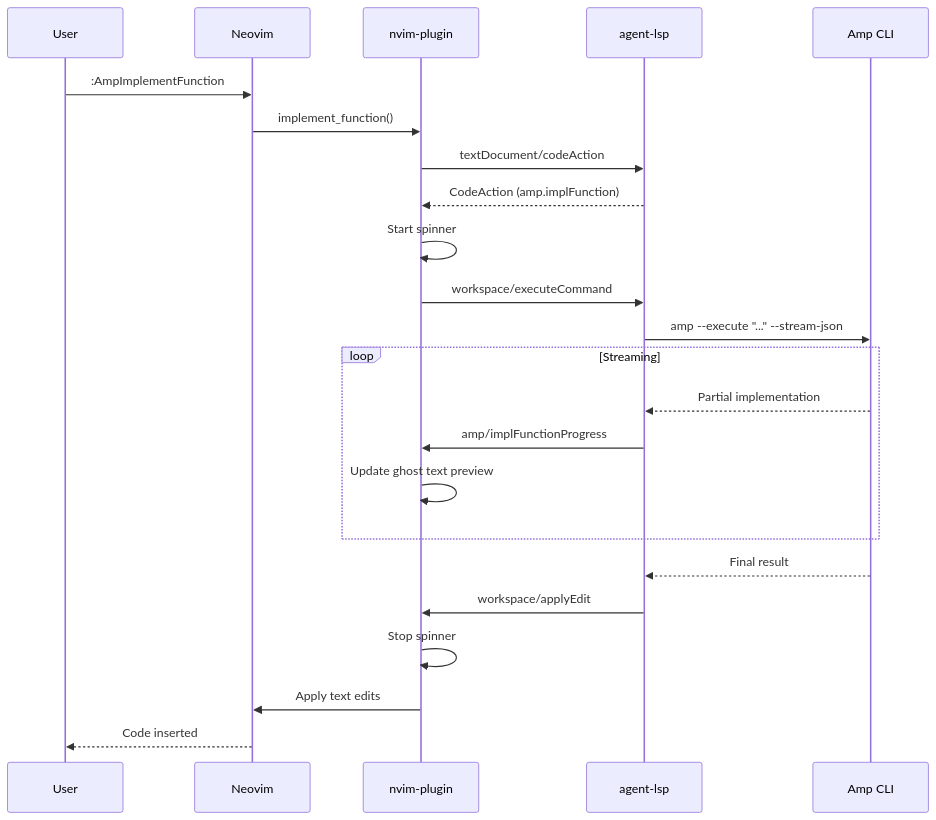
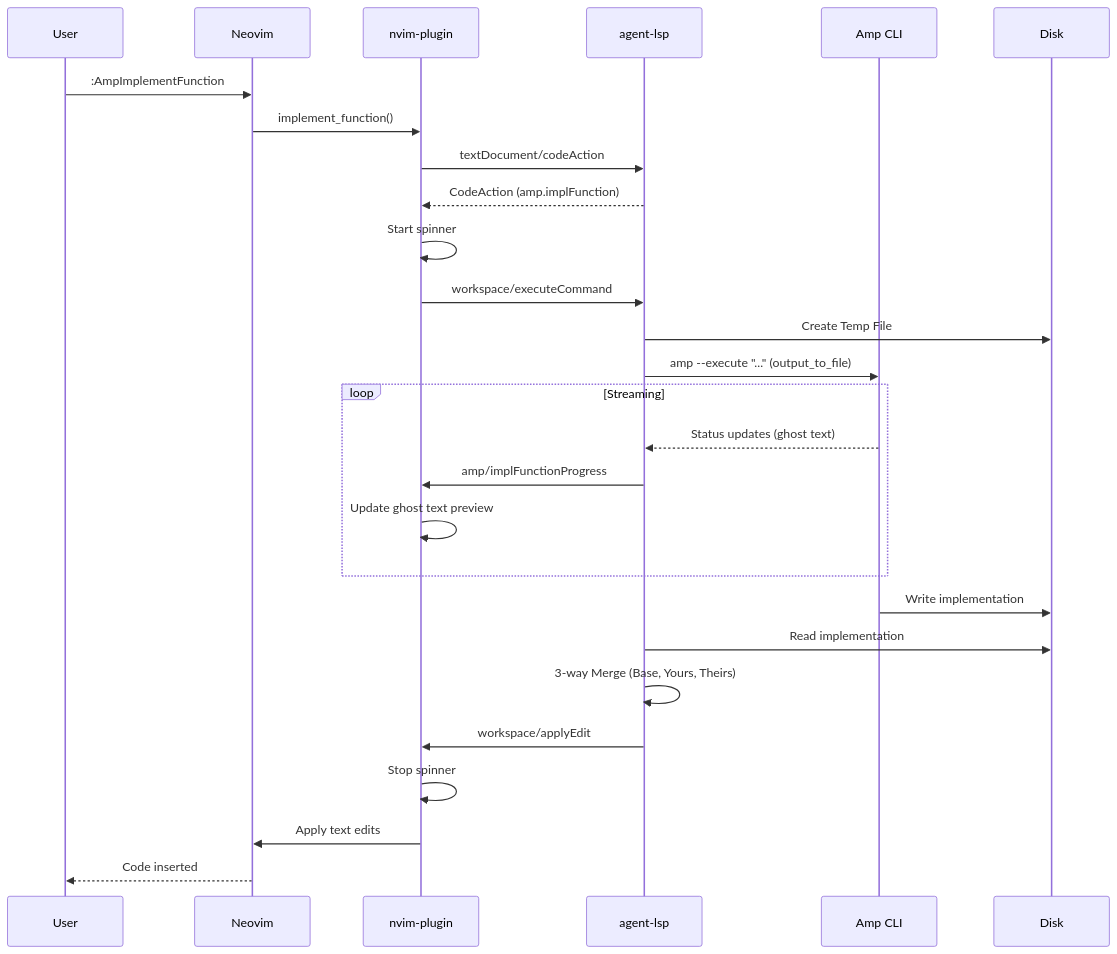
The first of 2 diagrams in README.md (yuvaldolev/agent.nvim), drawn with Mermaid before and after one commit. The commit also changed other lines of this file and 16 other files, not shown here.

First line of the commit message:
feat: agent output to a temporary file and merge into edited (#5)

````diff
--- a/README.md
+++ b/README.md
@@ -121,26 +122,29 @@
 ```mermaid
 sequenceDiagram
     participant User
     participant Neovim
     participant Plugin as nvim-plugin
     participant LSP as agent-lsp
     participant Amp as Amp CLI
 
     User->>Neovim: :AmpImplementFunction
     Neovim->>Plugin: implement_function()
     Plugin->>LSP: textDocument/codeAction
     LSP-->>Plugin: CodeAction (amp.implFunction)
     Plugin->>Plugin: Start spinner
     Plugin->>LSP: workspace/executeCommand
-    LSP->>Amp: amp --execute "..." --stream-json
+    LSP->>Disk: Create Temp File
+    LSP->>Amp: amp --execute "..." (output_to_file)
     loop Streaming
-        Amp-->>LSP: Partial implementation
+        Amp-->>LSP: Status updates (ghost text)
         LSP->>Plugin: amp/implFunctionProgress
         Plugin->>Plugin: Update ghost text preview
     end
-    Amp-->>LSP: Final result
+    Amp->>Disk: Write implementation
+    LSP->>Disk: Read implementation
+    LSP->>LSP: 3-way Merge (Base, Yours, Theirs)
     LSP->>Plugin: workspace/applyEdit
     Plugin->>Plugin: Stop spinner
     Plugin->>Neovim: Apply text edits
     Neovim-->>User: Code inserted
 ```
````
